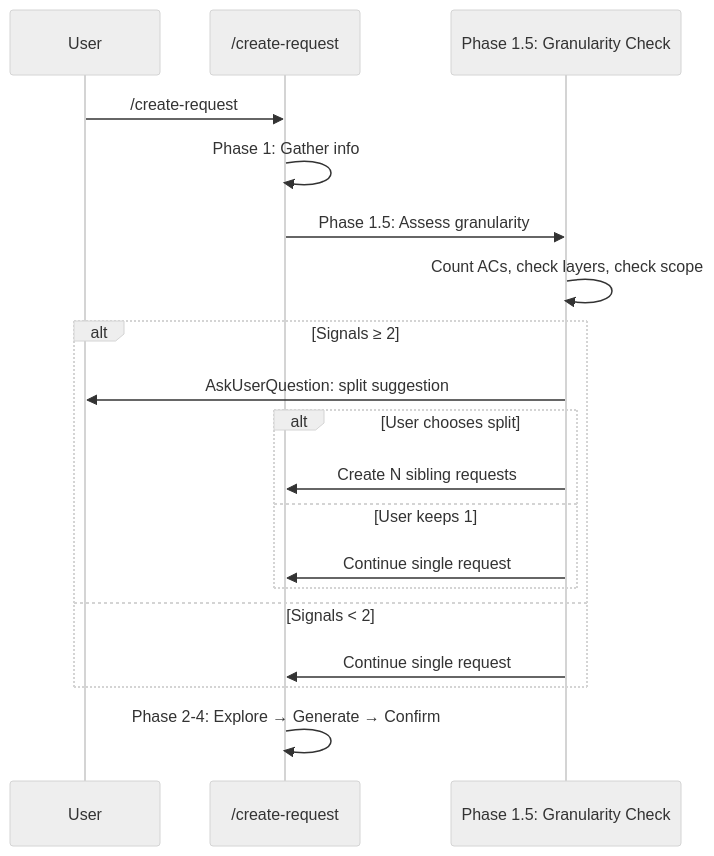
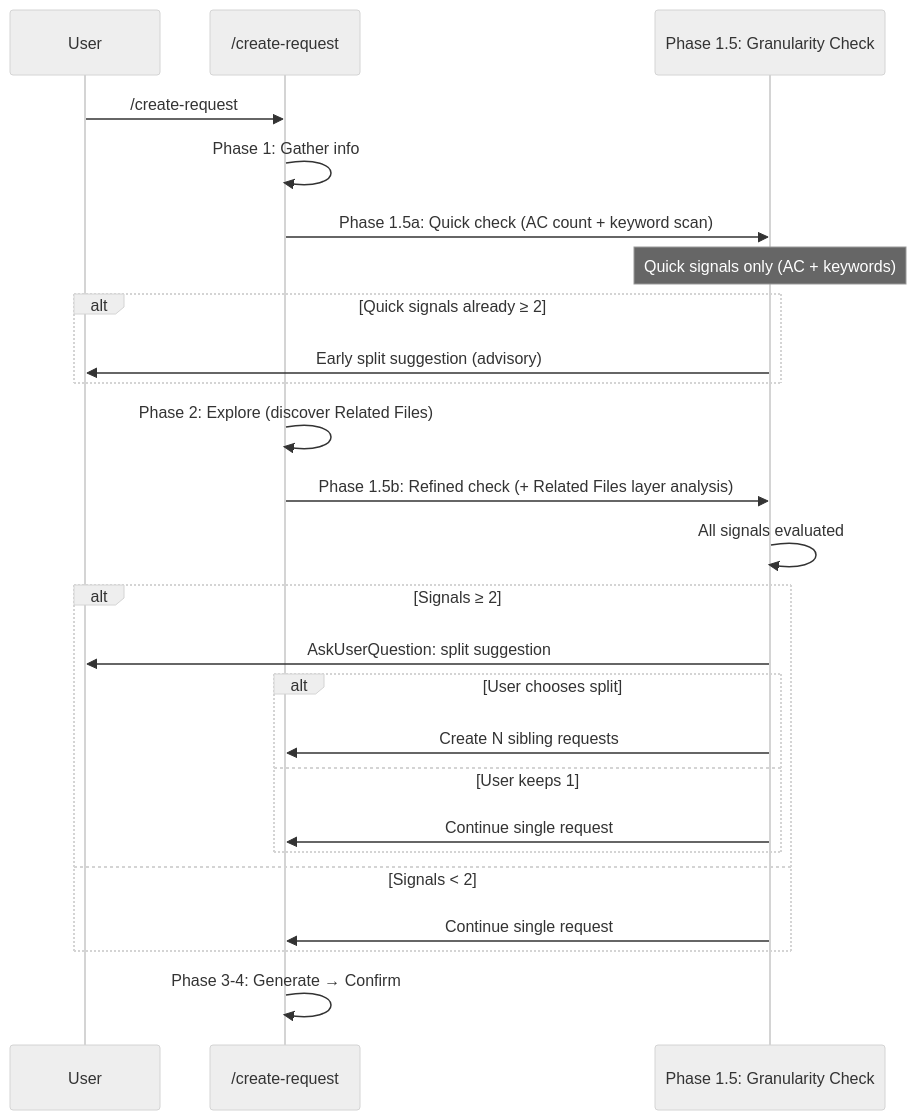
One commit to jupiter-Pulin/Uranus-dev-flow changed the diagram in docs/features/request-granularity/2-tech-spec.md. Above: the diagram before and after it, drawn with Mermaid (neutral theme). The commit also changed other lines of this file, not shown here.

First line of the commit message:
fix: Resolve Codex review issues in request-granularity tech spec

````diff
--- a/docs/features/request-granularity/2-tech-spec.md
+++ b/docs/features/request-granularity/2-tech-spec.md
@@ -52,22 +52,28 @@
 ```mermaid
 sequenceDiagram
     participant U as User
     participant S as /create-request
     participant G as Phase 1.5: Granularity Check
 
     U->>S: /create-request
     S->>S: Phase 1: Gather info
-    S->>G: Phase 1.5: Assess granularity
-    G->>G: Count ACs, check layers, check scope
+    S->>G: Phase 1.5a: Quick check (AC count + keyword scan)
+    Note over G: Quick signals only (AC + keywords)
+    alt Quick signals already ≥ 2
+        G->>U: Early split suggestion (advisory)
+    end
+    S->>S: Phase 2: Explore (discover Related Files)
+    S->>G: Phase 1.5b: Refined check (+ Related Files layer analysis)
+    G->>G: All signals evaluated
     alt Signals ≥ 2
         G->>U: AskUserQuestion: split suggestion
         alt User chooses split
             G->>S: Create N sibling requests
         else User keeps 1
             G->>S: Continue single request
         end
     else Signals < 2
         G->>S: Continue single request
     end
-    S->>S: Phase 2-4: Explore → Generate → Confirm
+    S->>S: Phase 3-4: Generate → Confirm
 ```
````
